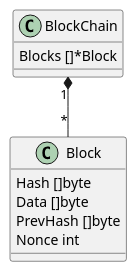
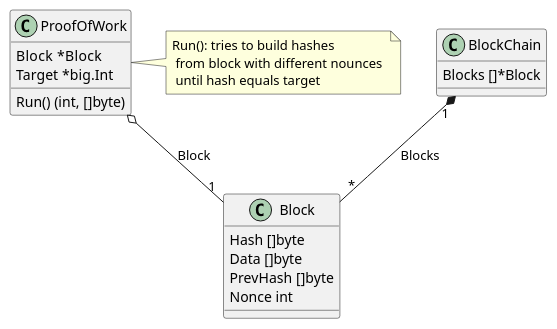
Before and after one commit to alitari/golang-blockchain: the diagram in README.md, drawn with PlantUML.

Commit message:
📝Add docu

````diff
--- a/README.md
+++ b/README.md
@@ -5,16 +5,25 @@
 ```plantuml
 @startuml
 class BlockChain {
     Blocks []*Block
 }
 
 class Block {
     Hash []byte
     Data []byte
     PrevHash []byte
     Nonce int
 }
 
-BlockChain "1" *-- "*" Block
+BlockChain "1" *-- "*" Block : Blocks
+
+class ProofOfWork {
+    Block  *Block
+	Target *big.Int
+    Run() (int, []byte)
+}
+note right of ProofOfWork : Run(): tries to build hashes \n from block with different nounces \n until hash equals target
+
+ProofOfWork  o-- "1" Block : Block
 @enduml
 ```
````
